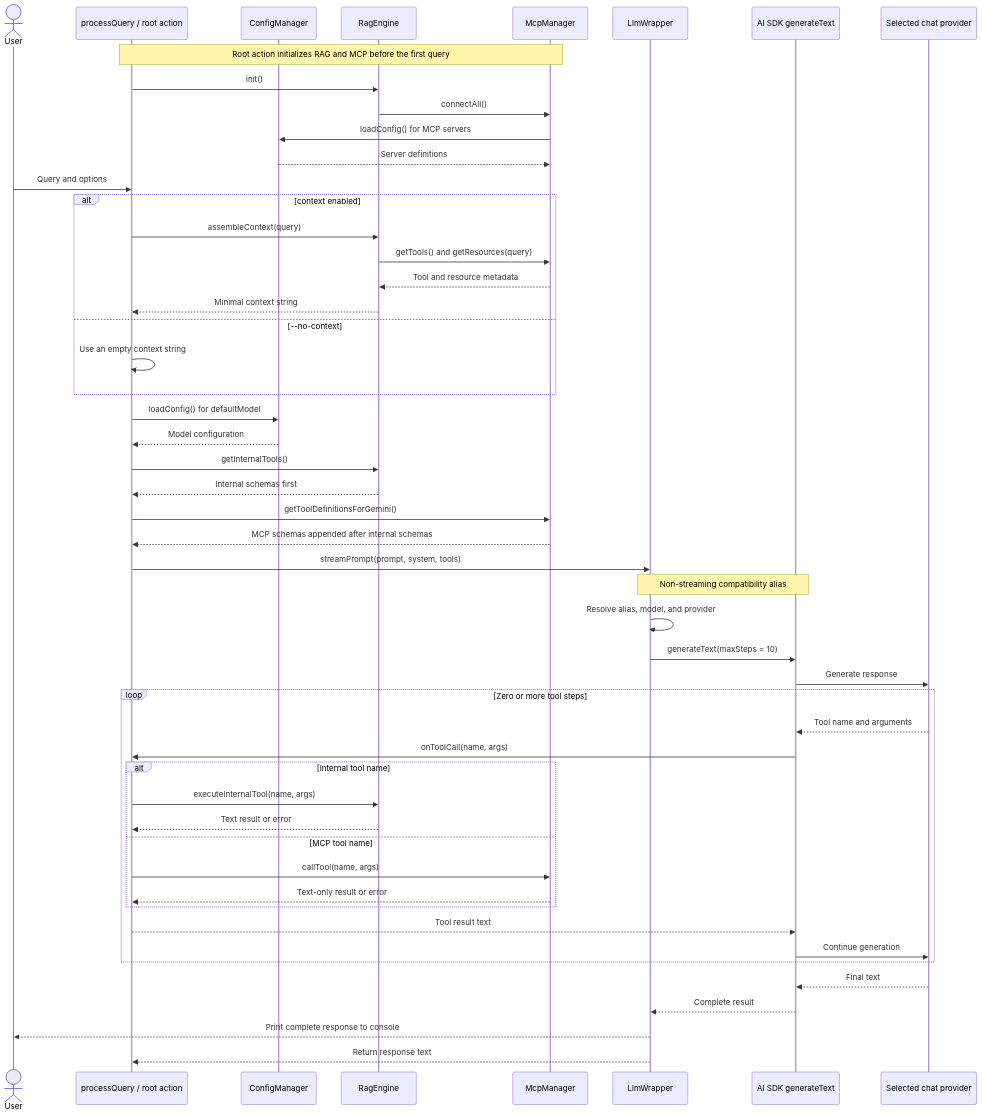
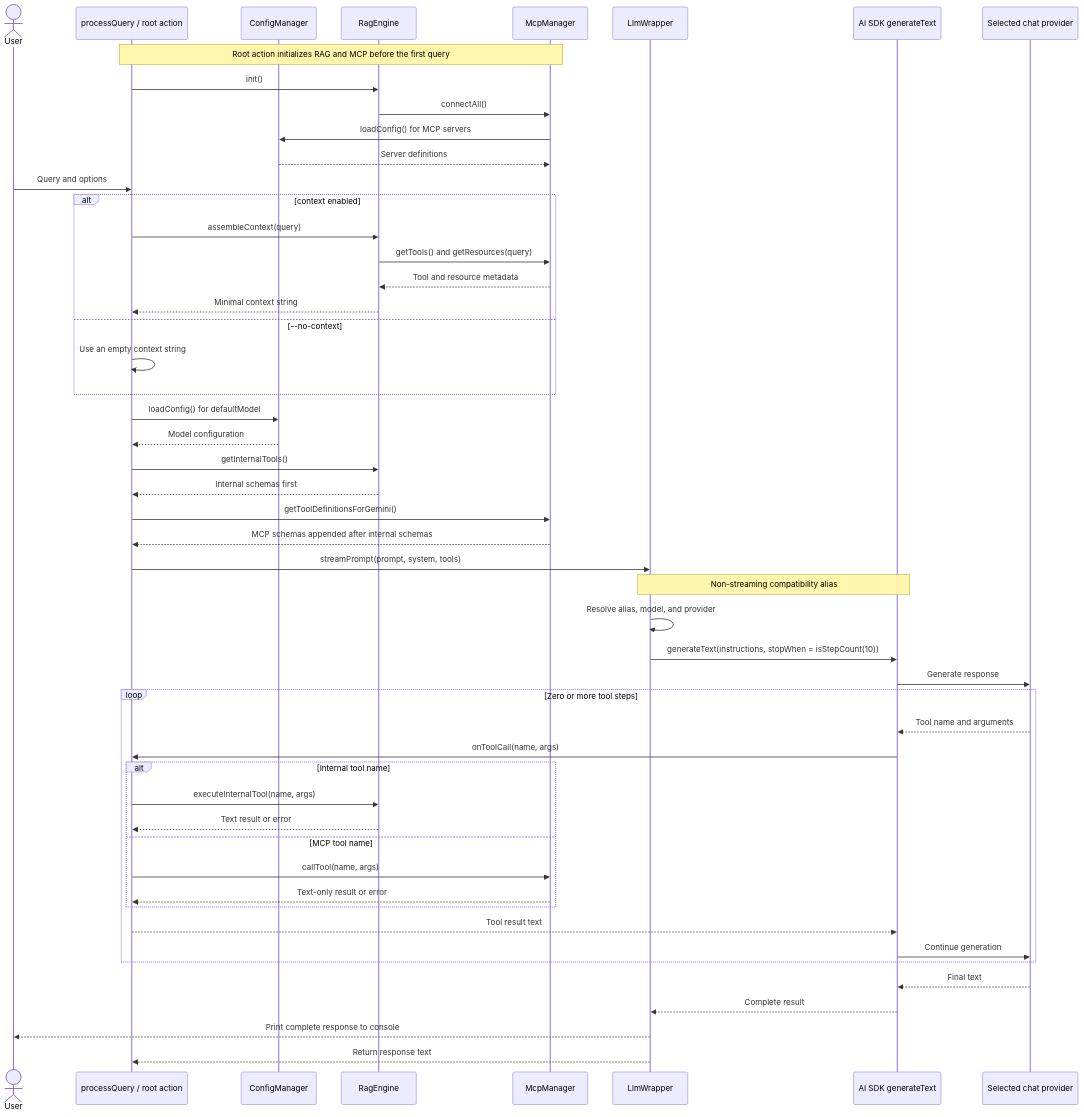
Before and after one commit to AndrewHuffman/hey-ai: the fourth of 10 diagrams in docs/architecture.md, drawn with Mermaid. The commit also changed other lines of this file and 4 other files, not shown here.

````diff
--- a/docs/architecture.md
+++ b/docs/architecture.md
@@ -134,54 +136,54 @@
 ```mermaid
 sequenceDiagram
     actor User
     participant CLI as processQuery / root action
     participant Config as ConfigManager
     participant RAG as RagEngine
     participant MCP as McpManager
     participant LLM as LlmWrapper
     participant SDK as AI SDK generateText
     participant Chat as Selected chat provider
 
     Note over CLI,MCP: Root action initializes RAG and MCP before the first query
     CLI->>RAG: init()
     RAG->>MCP: connectAll()
     MCP->>Config: loadConfig() for MCP servers
     Config-->>MCP: Server definitions
     User->>CLI: Query and options
     alt context enabled
         CLI->>RAG: assembleContext(query)
         RAG->>MCP: getTools() and getResources(query)
         MCP-->>RAG: Tool and resource metadata
         RAG-->>CLI: Minimal context string
     else --no-context
         CLI->>CLI: Use an empty context string
     end
     CLI->>Config: loadConfig() for defaultModel
     Config-->>CLI: Model configuration
     CLI->>RAG: getInternalTools()
     RAG-->>CLI: Internal schemas first
     CLI->>MCP: getToolDefinitionsForGemini()
     MCP-->>CLI: MCP schemas appended after internal schemas
     CLI->>LLM: streamPrompt(prompt, system, tools)
     Note over LLM,SDK: Non-streaming compatibility alias
     LLM->>LLM: Resolve alias, model, and provider
-    LLM->>SDK: generateText(maxSteps = 10)
+    LLM->>SDK: generateText(instructions, stopWhen = isStepCount(10))
     SDK->>Chat: Generate response
     loop Zero or more tool steps
         Chat-->>SDK: Tool name and arguments
         SDK->>CLI: onToolCall(name, args)
         alt Internal tool name
             CLI->>RAG: executeInternalTool(name, args)
             RAG-->>CLI: Text result or error
         else MCP tool name
             CLI->>MCP: callTool(name, args)
             MCP-->>CLI: Text-only result or error
         end
         CLI-->>SDK: Tool result text
         SDK->>Chat: Continue generation
     end
     Chat-->>SDK: Final text
     SDK-->>LLM: Complete result
     LLM-->>User: Print complete response to console
     LLM-->>CLI: Return response text
 ```
````
